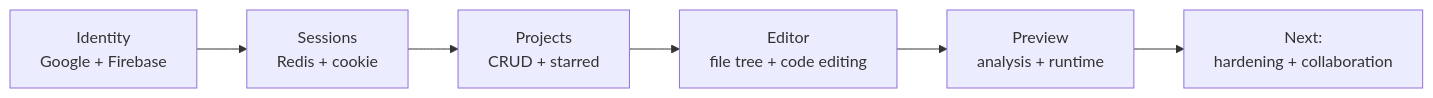
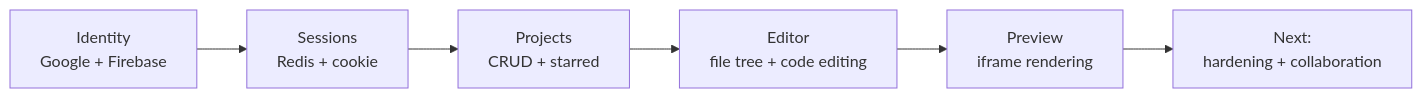
The first of 2 diagrams in docs/roadmap.md (yamanhassan1/NexPulse), drawn with Mermaid before and after one commit. The commit also changed other lines of this file and 57 other files, not shown here.

````diff
--- a/docs/roadmap.md
+++ b/docs/roadmap.md
@@ -9,8 +9,8 @@
 ```mermaid
 flowchart LR
     A["Identity<br>Google + Firebase"] --> B["Sessions<br>Redis + cookie"]
     B --> C["Projects<br>CRUD + starred"]
     C --> D["Editor<br>file tree + code editing"]
-    D --> E["Preview<br>analysis + runtime"]
+    D --> E["Preview<br>iframe rendering"]
     E --> F["Next:<br>hardening + collaboration"]
 ```
````
